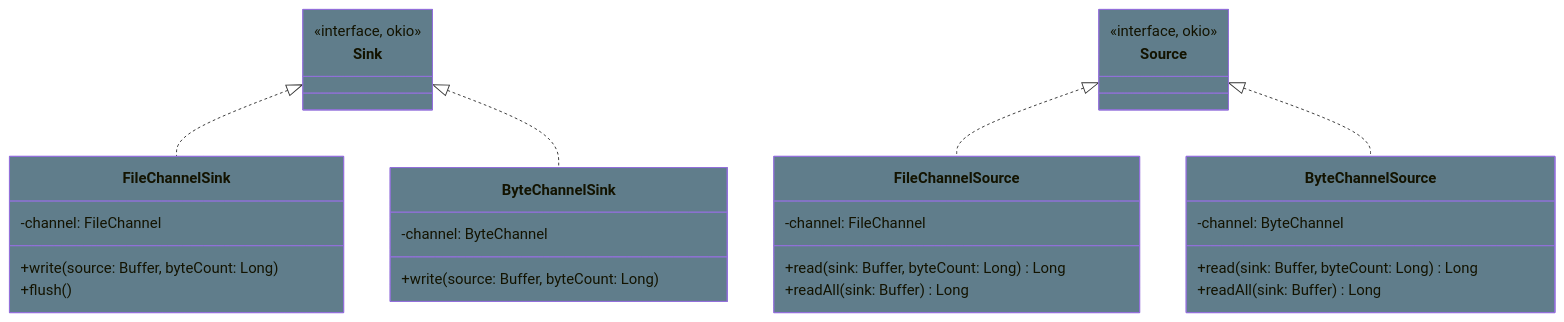
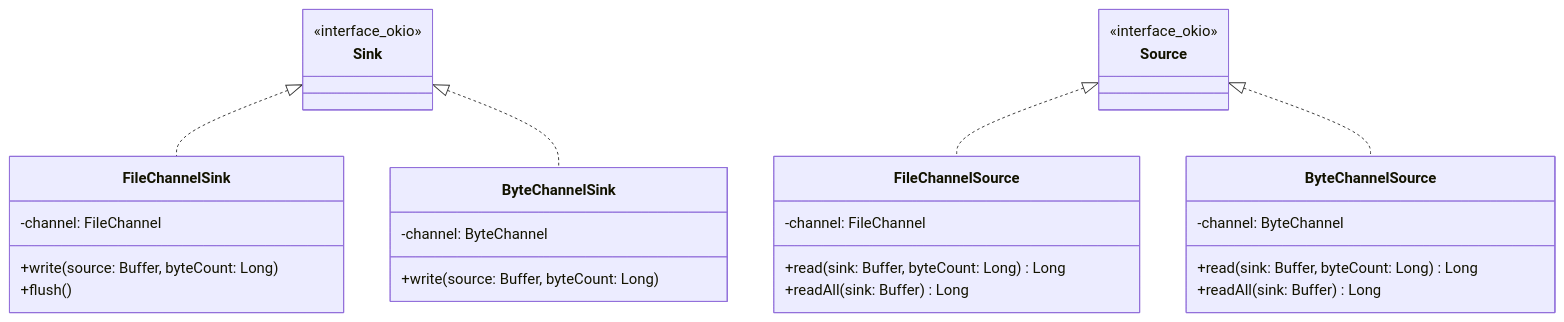
The second of 9 diagrams in io/okio/README.md (bluetape4k/bluetape4k-projects), drawn with Mermaid before and after one commit. The commit also changed other lines of this file and 95 other files, not shown here.

First line of the commit message:
docs: Mermaid 파서 오류 전체 수정 (IntelliJ IDEA 호환)

````diff
--- a/io/okio/README.md
+++ b/io/okio/README.md
@@ -366,40 +357,38 @@
 ```mermaid
 classDiagram
-    class Sink:::ioStyle {
-        <<interface, okio>>
+    class Sink {
+        <<interface_okio>>
     }
-    class Source:::ioStyle {
-        <<interface, okio>>
+    class Source {
+        <<interface_okio>>
     }
 
-    class FileChannelSink:::ioStyle {
+    class FileChannelSink {
         -channel: FileChannel
         +write(source: Buffer, byteCount: Long)
         +flush()
     }
 
-    class FileChannelSource:::ioStyle {
+    class FileChannelSource {
         -channel: FileChannel
         +read(sink: Buffer, byteCount: Long) Long
         +readAll(sink: Buffer) Long
     }
 
-    class ByteChannelSink:::ioStyle {
+    class ByteChannelSink {
         -channel: ByteChannel
         +write(source: Buffer, byteCount: Long)
     }
 
-    class ByteChannelSource:::ioStyle {
+    class ByteChannelSource {
         -channel: ByteChannel
         +read(sink: Buffer, byteCount: Long) Long
         +readAll(sink: Buffer) Long
     }
 
     Sink <|.. FileChannelSink
     Sink <|.. ByteChannelSink
     Source <|.. FileChannelSource
     Source <|.. ByteChannelSource
 
-    classDef ioStyle fill:#607D8B
-    classDef codecStyle fill:#2196F3
 ```
````
